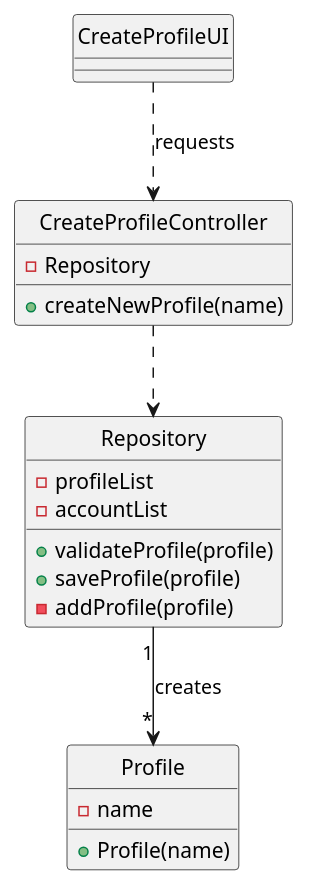
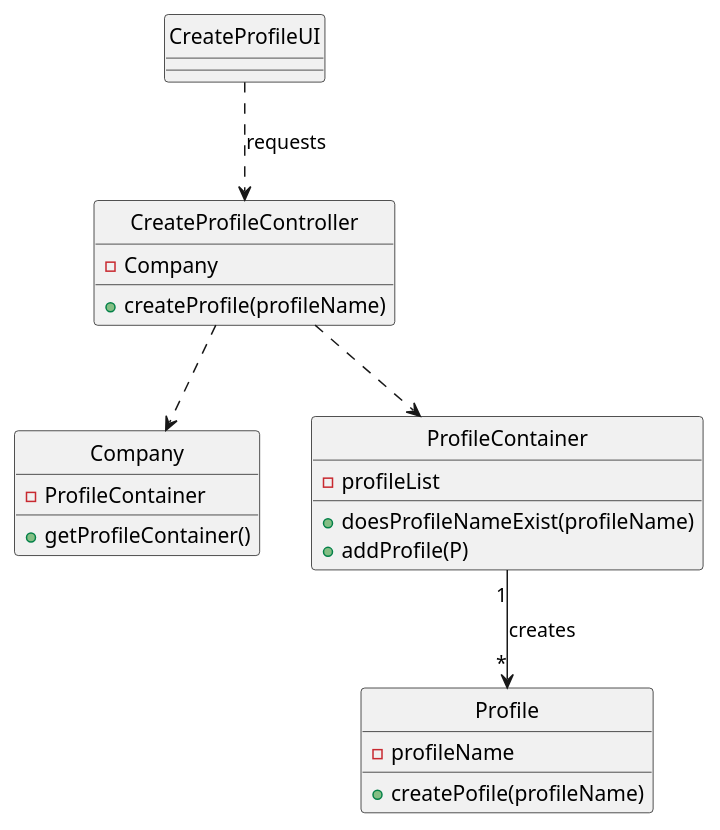
Before and after one commit to Loracline/project_switch_22-23: the diagram in docs/modelling_design/user_stories/us001/US001_Class_Diagram.puml, drawn with PlantUML.

Commit message:
US001 : Design : Updating Class Diagram (Use Case: to create profile).

```diff
--- a/docs/modelling_design/user_stories/us001/US001_Class_Diagram.puml
+++ b/docs/modelling_design/user_stories/us001/US001_Class_Diagram.puml
@@ -1,34 +1,43 @@
 @startuml
 'https://plantuml.com/class-diagram
 
-class "Profile"{
--name
-+Profile(name)
-}
-
-class "CreateProfileController" {
--Repository
-+createNewProfile(name)
-}
 
 class "CreateProfileUI"{
 }
 
-class "Repository"{
+class "Profile"{
+-profileName
++createPofile(profileName)
+}
+
+class "CreateProfileController" {
+-Company
++createProfile(profileName)
+}
+
+
+class "Company"{
+-ProfileContainer
++getProfileContainer()
+
+
+}
+
+class "ProfileContainer"{
 -profileList
--accountList
-+validateProfile(profile)
-+saveProfile(profile)
--addProfile(profile)
++doesProfileNameExist(profileName)
++addProfile(P)
 }
 
 hide "Profile" circle
 hide "CreateProfileController" circle
 hide "CreateProfileUI" circle
-hide "Repository" circle
+hide "Company" circle
+hide "ProfileContainer" circle
 
 "CreateProfileUI" ..>  "CreateProfileController": requests
-"CreateProfileController" ..>  "Repository"
-"Repository" "1" --> "*" "Profile": creates
+"CreateProfileController" ..>  "Company"
+"CreateProfileController" ..>  "ProfileContainer"
+"ProfileContainer" "1" --> "*" "Profile": creates
 
 @enduml
```
